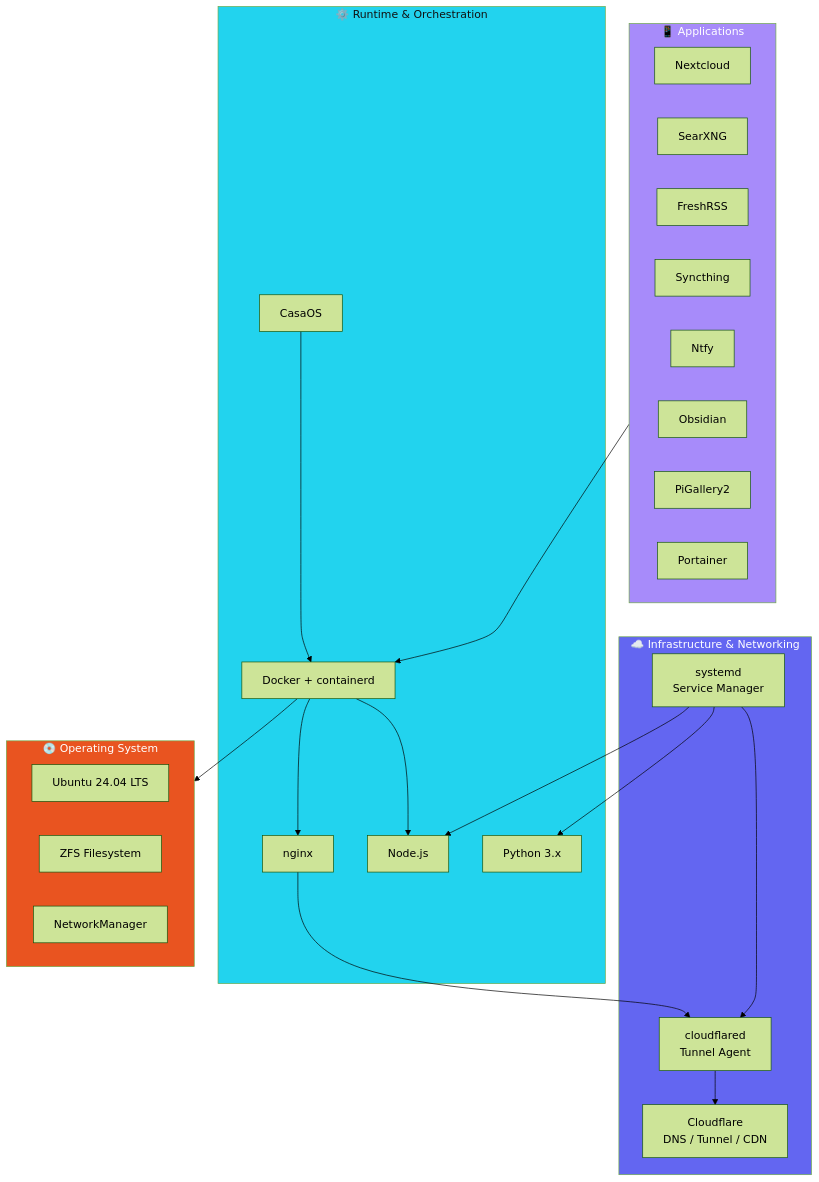
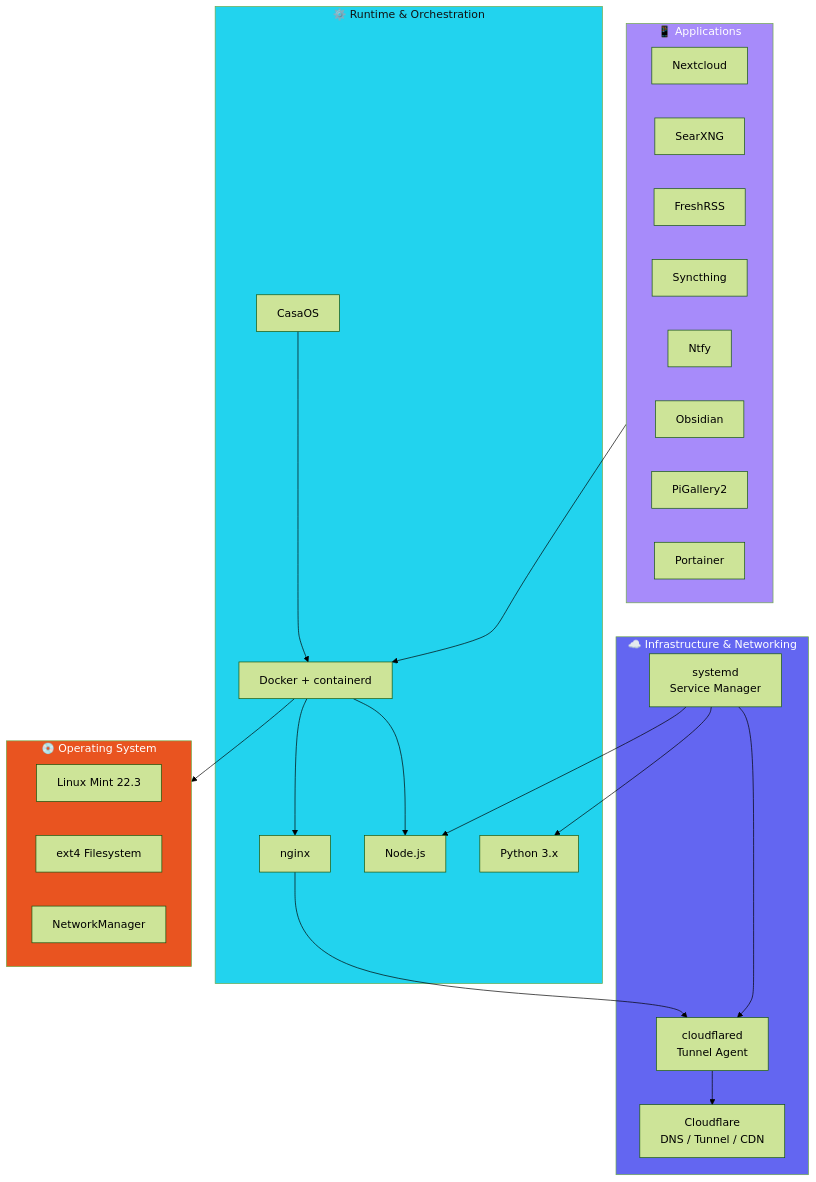
Before and after one commit to kamalcr7/server-docs-public: the diagram in docs/tech-stack.md, drawn with Mermaid (forest theme). The commit also changed other lines of this file and 6 other files, not shown here.

First line of the commit message:
Fix hardware specs: Linux Mint on HP laptop, correct CPU/RAM/GPU

````diff
--- a/docs/tech-stack.md
+++ b/docs/tech-stack.md
@@ -5,49 +5,49 @@
 ```mermaid
 flowchart TD
     subgraph Apps["📱 Applications"]
         Nextcloud[Nextcloud]
         SearXNG[SearXNG]
         FreshRSS[FreshRSS]
         Syncthing[Syncthing]
         Ntfy[Ntfy]
         Obsidian[Obsidian]
         PiGallery[PiGallery2]
         Portainer[Portainer]
     end
     
     subgraph Runtime["⚙️ Runtime & Orchestration"]
         Docker[Docker + containerd]
         CasaOS[CasaOS]
         Nginx[nginx]
         Node[Node.js]
         Python[Python 3.x]
     end
     
     subgraph Infra["☁️ Infrastructure & Networking"]
         Cloudflare[Cloudflare<br/>DNS / Tunnel / CDN]
         Cloudflared[cloudflared<br/>Tunnel Agent]
         systemd[systemd<br/>Service Manager]
     end
     
     subgraph OS["💿 Operating System"]
-        Ubuntu[Ubuntu 24.04 LTS]
-        ZFS[ZFS Filesystem]
+        Mint[Linux Mint 22.3]
+        Ext4[ext4 Filesystem]
         Networking[NetworkManager]
     end
     
     Apps --> Docker
     Docker --> OS
     Docker --> Nginx
     Docker --> Node
     Nginx --> Cloudflared
     Cloudflared --> Cloudflare
     CasaOS --> Docker
     systemd --> Node
     systemd --> Python
     systemd --> Cloudflared
     
     style OS fill:#e95420,color:#fff
     style Infra fill:#6366f1,color:#fff
     style Runtime fill:#22d3ee,color:#111
     style Apps fill:#a78bfa,color:#fff
 ```
````
